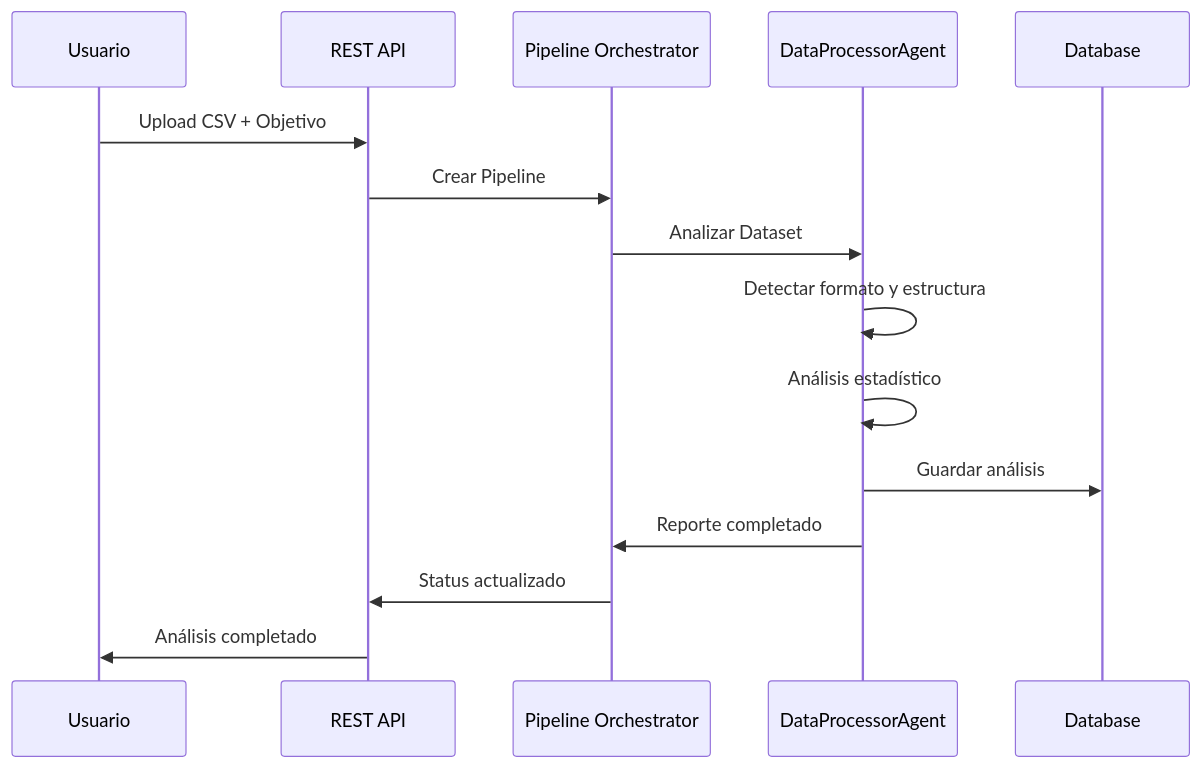
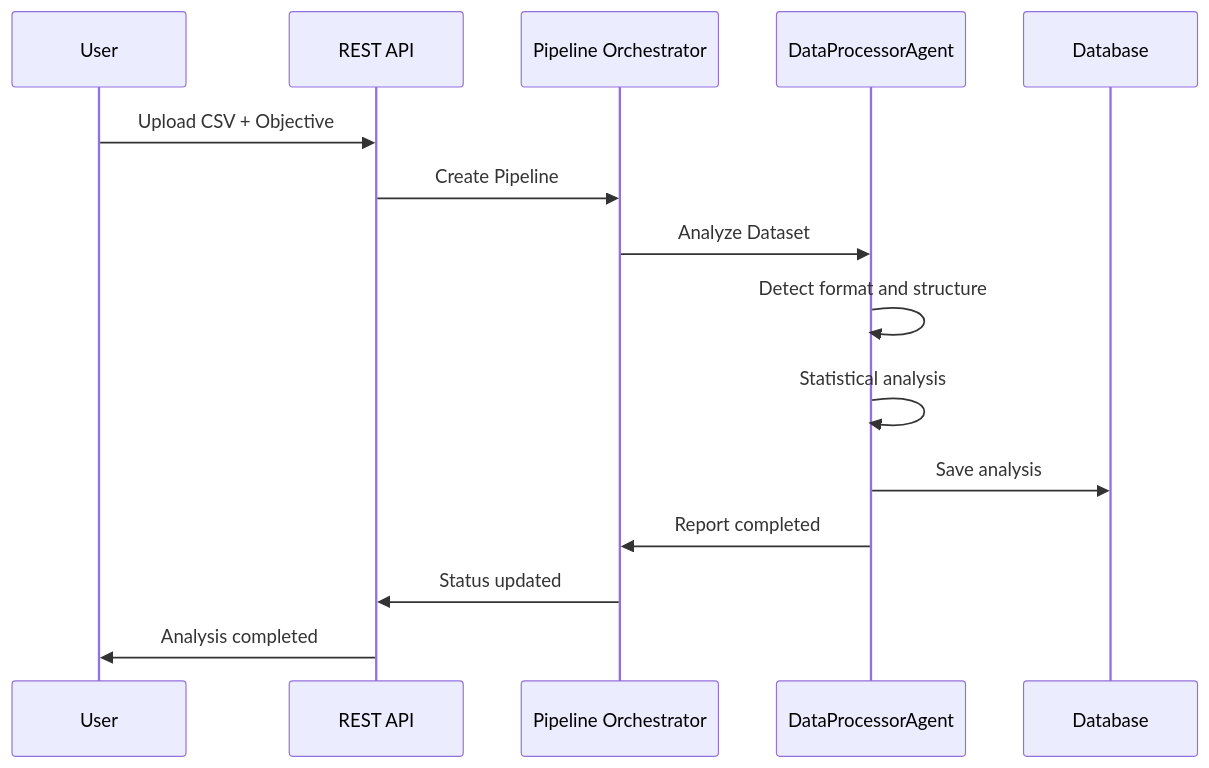
Before and after one commit to davidmonterocrespo24/Agents2ML: the second of 5 diagrams in docs/02_architecture.md, drawn with Mermaid. The commit also changed other lines of this file and 13 other files, not shown here.

````diff
--- a/docs/02_architecture.md
+++ b/docs/02_architecture.md
@@ -138,18 +138,18 @@
 ```mermaid
 sequenceDiagram
-    participant U as Usuario
+    participant U as User
     participant API as REST API
     participant PO as Pipeline Orchestrator
     participant DPA as DataProcessorAgent
     participant DB as Database
     
-    U->>API: Upload CSV + Objetivo
-    API->>PO: Crear Pipeline
-    PO->>DPA: Analizar Dataset
-    DPA->>DPA: Detectar formato y estructura
-    DPA->>DPA: Análisis estadístico
-    DPA->>DB: Guardar análisis
-    DPA->>PO: Reporte completado
-    PO->>API: Status actualizado
-    API->>U: Análisis completado
+    U->>API: Upload CSV + Objective
+    API->>PO: Create Pipeline
+    PO->>DPA: Analyze Dataset
+    DPA->>DPA: Detect format and structure
+    DPA->>DPA: Statistical analysis
+    DPA->>DB: Save analysis
+    DPA->>PO: Report completed
+    PO->>API: Status updated
+    API->>U: Analysis completed
 ```
````
